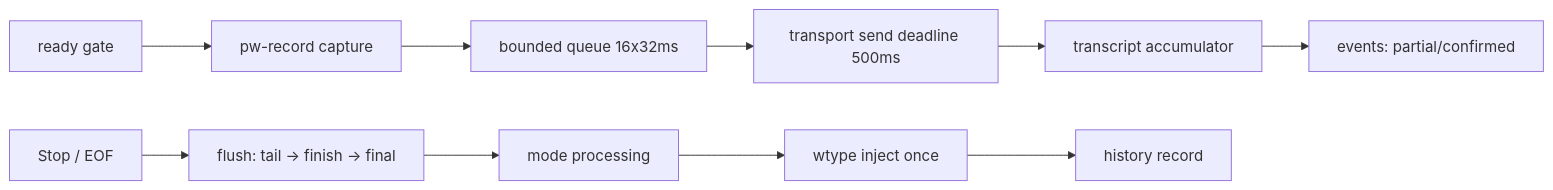
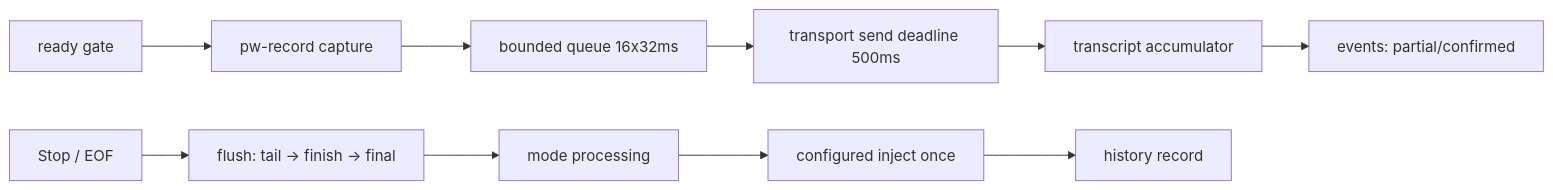
The diagram in docs/architecture.md (Vitus213/syllune), drawn with Mermaid before and after one commit. The commit also changed other lines of this file and 22 other files, not shown here.

First line of the commit message:
feat: X11 剪贴板注入与配置 schema 扩展

````diff
--- a/docs/architecture.md
+++ b/docs/architecture.md
@@ -34,12 +34,12 @@
 ```mermaid
 flowchart LR
     R[ready gate] --> C[pw-record capture]
     C --> Q[bounded queue 16x32ms]
     Q --> S[transport send deadline 500ms]
     S --> T[transcript accumulator]
     T --> E[events: partial/confirmed]
     Stop[Stop / EOF] --> F[flush: tail -> finish -> final]
     F --> P[mode processing]
-    P --> I[wtype inject once]
+    P --> I[configured inject once]
     I --> H[history record]
 ```
````
